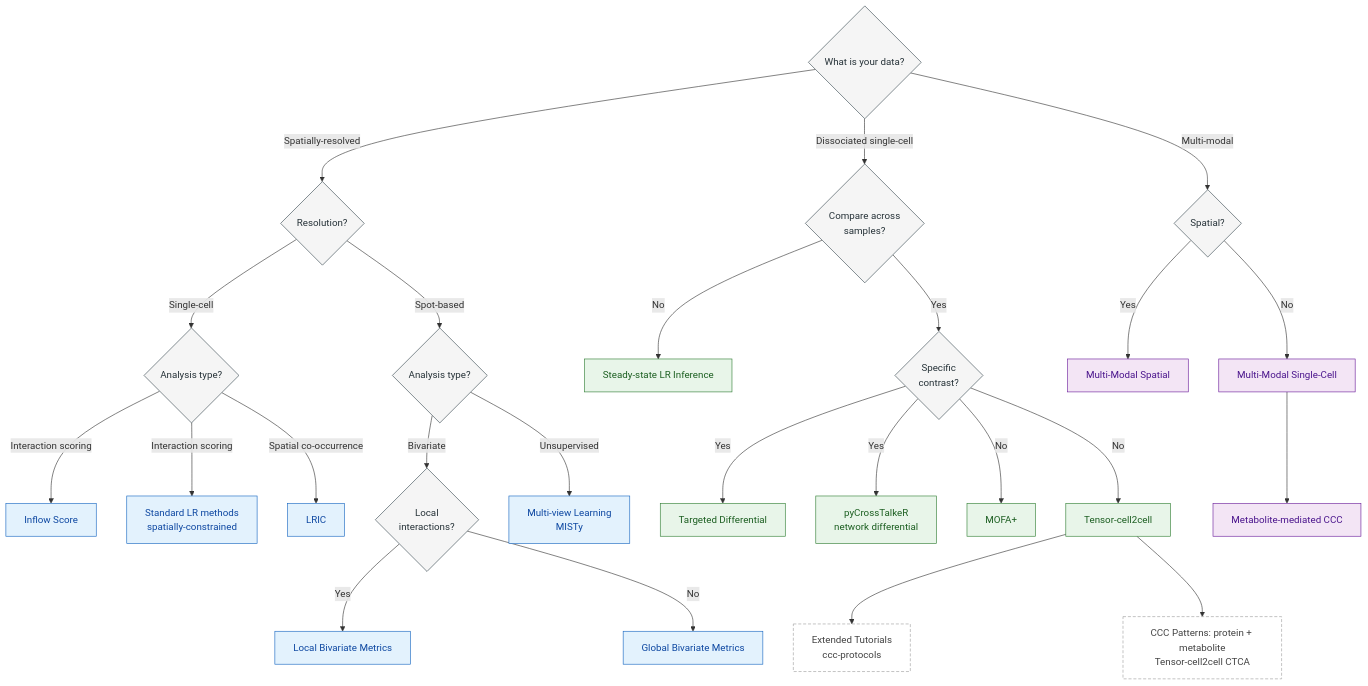
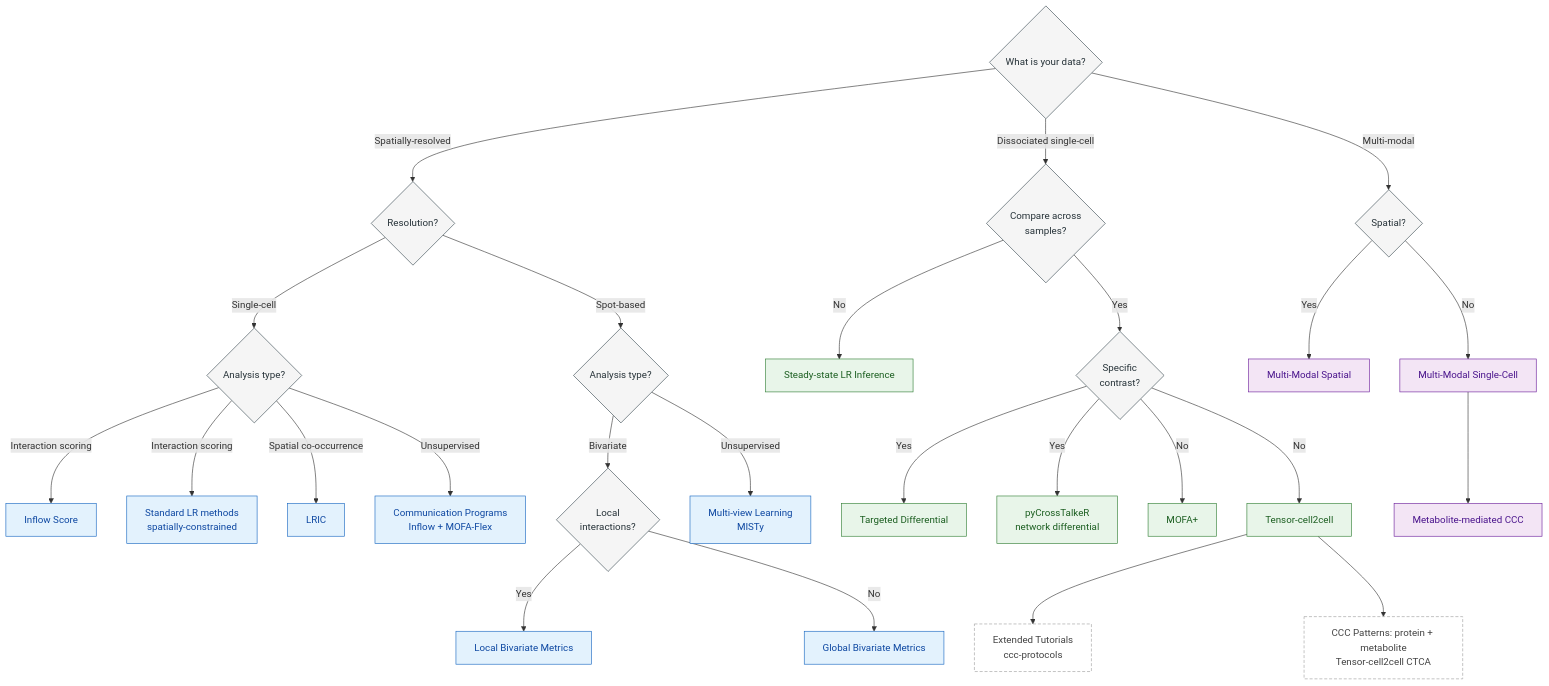
One commit to saezlab/liana-py changed the diagram in README.md. Above: the diagram before and after it, drawn with Mermaid.

Commit message:
add mofaflow to decision tree

````diff
--- a/README.md
+++ b/README.md
@@ -26,64 +26,66 @@
 ```mermaid
 flowchart TD
     Start{What is your data?}
 
     %% ===== Spatially-resolved =====
     Start -->|Spatially-resolved| Res{Resolution?}
     Res -->|Single-cell| ScType{Analysis type?}
     ScType -->|Interaction scoring| Inflow[Inflow Score]
     ScType -->|Interaction scoring| ScConstr[Standard LR methods<br/>spatially-constrained]
     ScType -->|Spatial co-occurrence| LRIC[LRIC]
+    ScType -->|Unsupervised| InflowMofa[Communication Programs<br/>Inflow + MOFA-Flex]
     Res -->|Spot-based| SpType{Analysis type?}
     SpType -->|Bivariate| LocalQ{Local<br/>interactions?}
     LocalQ -->|Yes| Local[Local Bivariate Metrics]
     LocalQ -->|No| Global[Global Bivariate Metrics]
     SpType -->|Unsupervised| MISTy[Multi-view Learning<br/>MISTy]
 
     %% ===== Dissociated single-cell =====
     Start -->|Dissociated single-cell| Compare{Compare across<br/>samples?}
     Compare -->|No| Steady[Steady-state LR Inference]
     Compare -->|Yes| Contrast{Specific<br/>contrast?}
     Contrast -->|Yes| Targeted[Targeted Differential]
     Contrast -->|Yes| CrossTalk[pyCrossTalkeR<br/>network differential]
     Contrast -->|No| MOFA[MOFA+]
     Contrast -->|No| Tensor[Tensor-cell2cell]
     Tensor --> TensorExt[Extended Tutorials<br/>ccc-protocols]
     Tensor --> TensorMet[CCC Patterns: protein + metabolite<br/>Tensor-cell2cell CTCA]
 
     %% ===== Multi-modal =====
     Start -->|Multi-modal| ModalSp{Spatial?}
     ModalSp -->|Yes| SMA[Multi-Modal Spatial]
     ModalSp -->|No| SCMulti[Multi-Modal Single-Cell]
     SCMulti --> Metab[Metabolite-mediated CCC]
 
     %% ===== Styling =====
     classDef decision fill:#f5f5f5,stroke:#37474f,stroke-width:1px,color:#263238;
     classDef spatial fill:#e3f2fd,stroke:#1565c0,color:#0d47a1;
     classDef dissoc fill:#e8f5e9,stroke:#2e7d32,color:#1b5e20;
     classDef multimodal fill:#f3e5f5,stroke:#6a1b9a,color:#4a148c;
     classDef external fill:#ffffff,stroke:#9e9e9e,stroke-dasharray:5 3,color:#424242;
 
     class Start,Res,ScType,SpType,LocalQ,Compare,Contrast,ModalSp decision;
-    class Inflow,LRIC,ScConstr,Local,Global,MISTy spatial;
+    class Inflow,LRIC,ScConstr,InflowMofa,Local,Global,MISTy spatial;
     class Steady,Targeted,CrossTalk,MOFA,Tensor dissoc;
     class SMA,SCMulti,Metab multimodal;
     class TensorExt,TensorMet external;
 
     %% ===== Links (click events) =====
     click Inflow "https://liana-py.readthedocs.io/en/latest/notebooks/inflow_score.html"
     click LRIC "https://liana-py.readthedocs.io/en/latest/notebooks/LRIC_tutorial.html"
+    click InflowMofa "https://liana-py.readthedocs.io/en/latest/notebooks/inflow_mofaflex.html"
     click ScConstr "https://liana-py.readthedocs.io/en/latest/notebooks/inflow_score.html"
     click Local "https://liana-py.readthedocs.io/en/latest/notebooks/bivariate.html"
     click Global "https://liana-py.readthedocs.io/en/latest/notebooks/bivariate.html"
     click MISTy "https://liana-py.readthedocs.io/en/latest/notebooks/misty.html"
     click Steady "https://liana-py.readthedocs.io/en/latest/notebooks/basic_usage.html"
     click Targeted "https://liana-py.readthedocs.io/en/latest/notebooks/targeted.html"
     click CrossTalk "https://liana-py.readthedocs.io/en/latest/notebooks/liana_pyCrossTalkeR.html"
     click MOFA "https://liana-py.readthedocs.io/en/latest/notebooks/mofatalk.html"
     click Tensor "https://liana-py.readthedocs.io/en/latest/notebooks/liana_c2c.html"
     click TensorExt "https://ccc-protocols.readthedocs.io/en/latest/"
     click TensorMet "https://earmingol.github.io/cell2cell/tutorials/Version2/Tensor-cell2cell-CTCA-LIANA/"
     click SMA "https://liana-py.readthedocs.io/en/latest/notebooks/sma.html"
     click SCMulti "https://liana-py.readthedocs.io/en/latest/notebooks/sc_multi.html"
     click Metab "https://liana-py.readthedocs.io/en/latest/notebooks/sc_multi.html#metabolite-mediated-ccc-from-transcriptomics-data"
 ```
````
